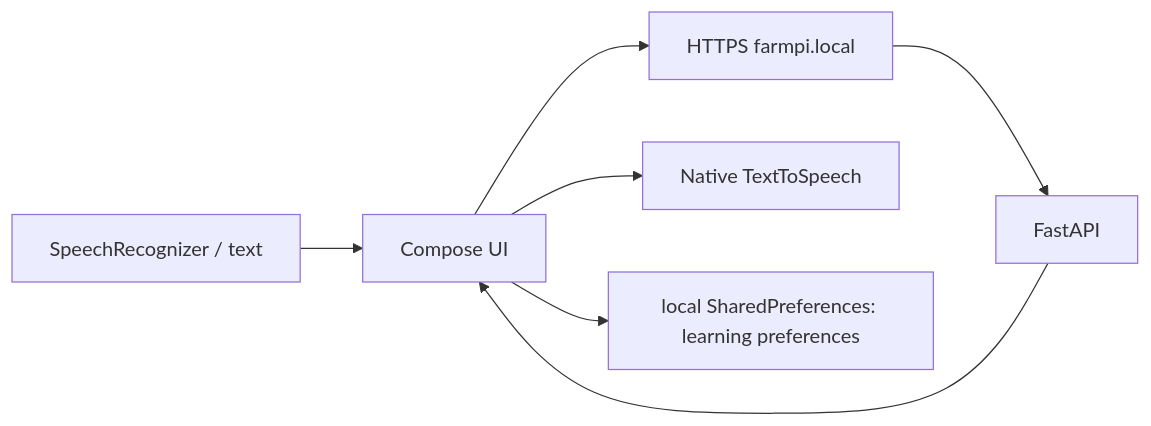
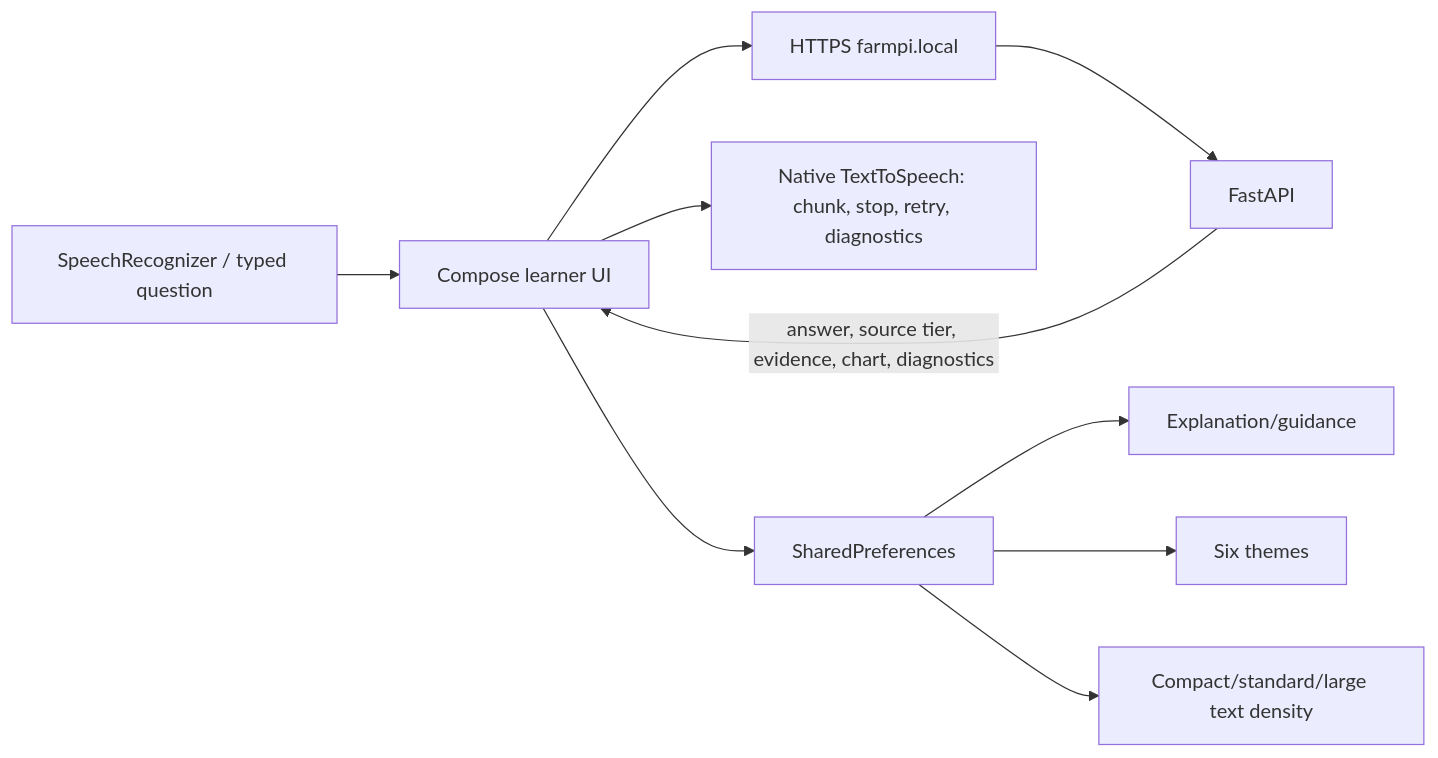
The diagram in docs/diagrams/android-architecture.mmd (w0rmy/farmpi), drawn with Mermaid before and after one commit. The commit also changed 39 other files, not shown here.

```diff
--- a/docs/diagrams/android-architecture.mmd
+++ b/docs/diagrams/android-architecture.mmd
@@ -1,7 +1,10 @@
 flowchart LR
-  V[SpeechRecognizer / text] --> N[Compose UI]
-  N --> H[HTTPS farmpi.local]
+  V[SpeechRecognizer / typed question] --> U[Compose learner UI]
+  U --> H[HTTPS farmpi.local]
   H --> F[FastAPI]
-  F --> N
-  N --> T[Native TextToSpeech]
-  N --> P[local SharedPreferences: learning preferences]
+  F -->|answer, source tier, evidence, chart, diagnostics| U
+  U --> T[Native TextToSpeech: chunk, stop, retry, diagnostics]
+  U --> P[SharedPreferences]
+  P --> S[Explanation/guidance]
+  P --> C[Six themes]
+  P --> Z[Compact/standard/large text density]
```
